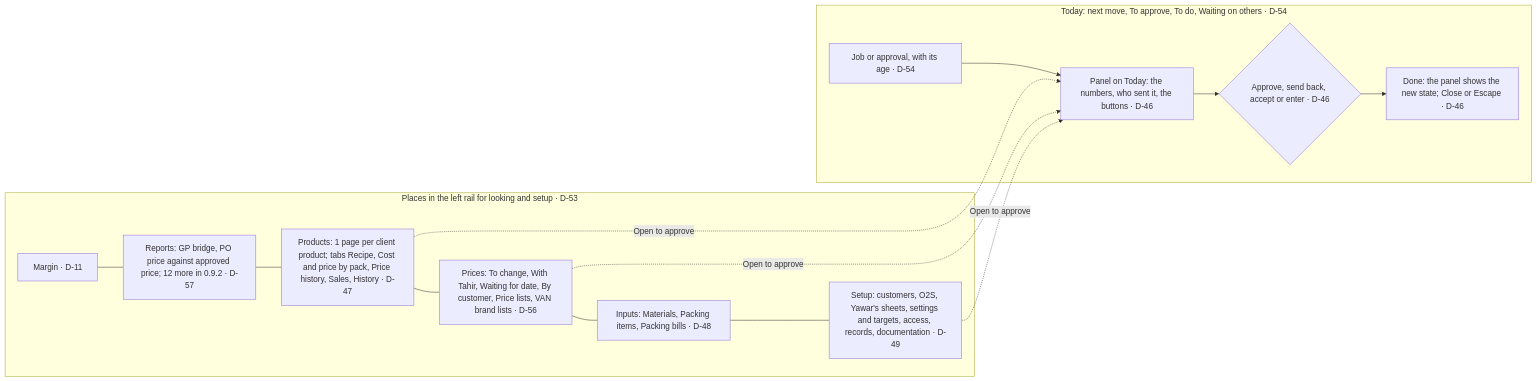
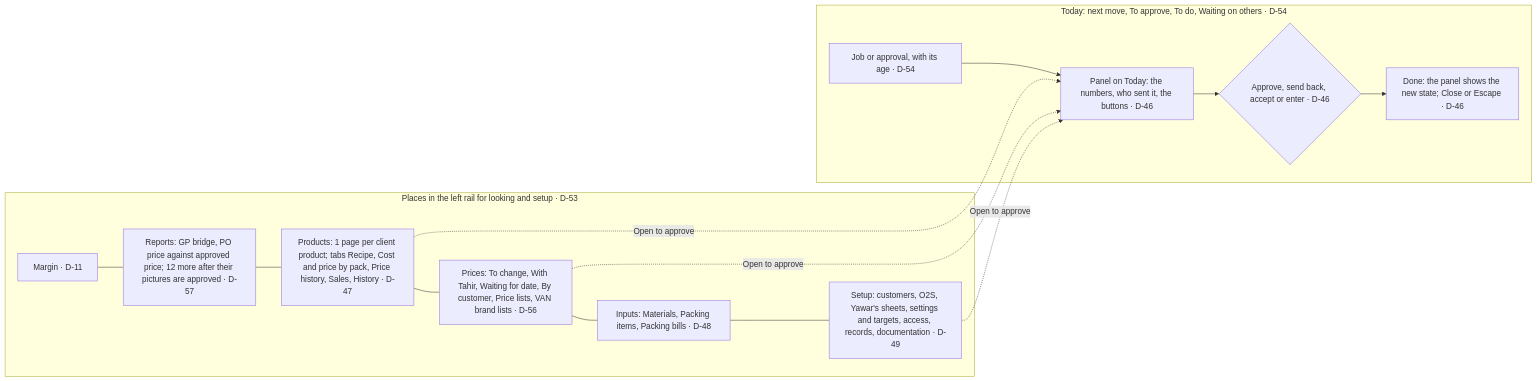
One commit to taabbas1947-eng/VAN-OP changed diagram 15 of 17 in apps/c2m/docs/01-process-flows.md. Above: the diagram before and after it, drawn with Mermaid. The commit also changed other lines of this file and 16 other files, not shown here.

````diff
--- a/apps/c2m/docs/01-process-flows.md
+++ b/apps/c2m/docs/01-process-flows.md
@@ -337,18 +338,18 @@
 ```mermaid
 flowchart LR
   subgraph T [Today: next move, To approve, To do, Waiting on others · D-54]
     J[Job or approval, with its age · D-54] --> P[Panel on Today: the numbers, who sent it, the buttons · D-46]
     P --> A{Approve, send back, accept or enter · D-46}
     A --> D[Done: the panel shows the new state; Close or Escape · D-46]
   end
   subgraph S [Places in the left rail for looking and setup · D-53]
-    M[Margin · D-11] --- RP[Reports: GP bridge, PO price against approved price; 12 more in 0.9.2 · D-57]
+    M[Margin · D-11] --- RP[Reports: GP bridge, PO price against approved price; 12 more after their pictures are approved · D-57]
     RP --- PR[Products: 1 page per client product; tabs Recipe, Cost and price by pack, Price history, Sales, History · D-47]
     PR --- PC[Prices: To change, With Tahir, Waiting for date, By customer, Price lists, VAN brand lists · D-56]
     PC --- IN[Inputs: Materials, Packing items, Packing bills · D-48]
     IN --- SE[Setup: customers, O2S, Yawar's sheets, settings and targets, access, records, documentation · D-49]
   end
   PR -. Open to approve .-> P
   PC -. Open to approve .-> P
   SE -. Open to approve .-> P
 ```
````
